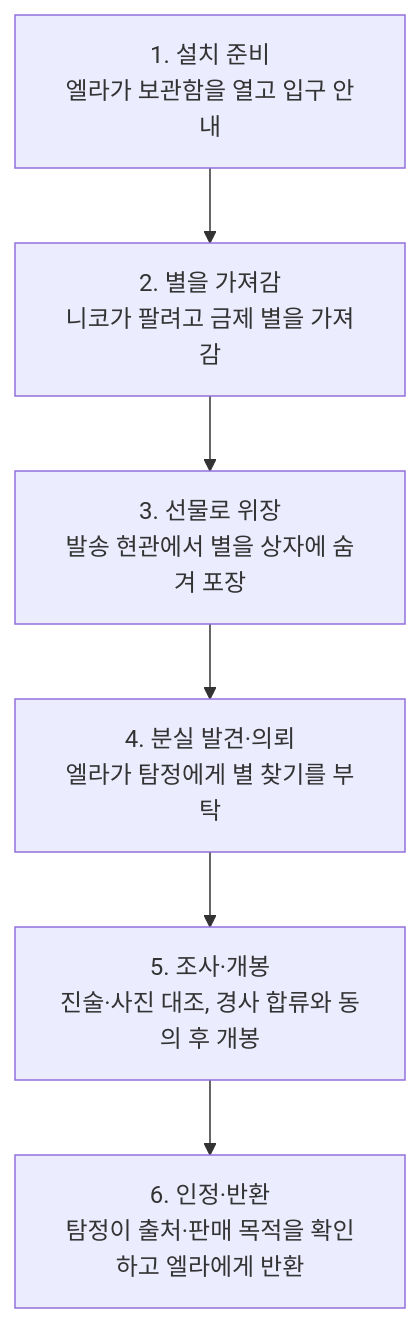
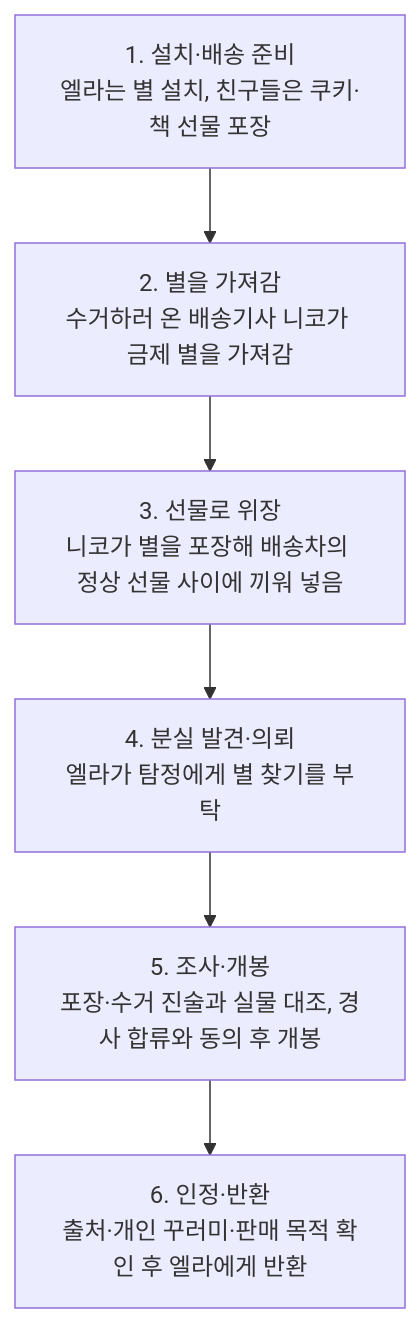
Before and after one commit to wonny95/detective-v2: the diagram in design/case-10-christmas-star.md, drawn with Mermaid. The commit also changed other lines of this file and 5 other files, not shown here.

Commit message:
기획: 금제 별을 선물로 위장하는 배송기사 설정

````diff
--- a/design/case-10-christmas-star.md
+++ b/design/case-10-christmas-star.md
@@ -15,14 +15,14 @@
 ```mermaid
 flowchart TD
-    N1["1. 설치 준비<br/>엘라가 보관함을 열고 입구 안내"]
-    N2["2. 별을 가져감<br/>니코가 팔려고 금제 별을 가져감"]
-    N3["3. 선물로 위장<br/>발송 현관에서 별을 상자에 숨겨 포장"]
+    N1["1. 설치·배송 준비<br/>엘라는 별 설치, 친구들은 쿠키·책 선물 포장"]
+    N2["2. 별을 가져감<br/>수거하러 온 배송기사 니코가 금제 별을 가져감"]
+    N3["3. 선물로 위장<br/>니코가 별을 포장해 배송차의 정상 선물 사이에 끼워 넣음"]
     N4["4. 분실 발견·의뢰<br/>엘라가 탐정에게 별 찾기를 부탁"]
-    N5["5. 조사·개봉<br/>진술·사진 대조, 경사 합류와 동의 후 개봉"]
-    N6["6. 인정·반환<br/>탐정이 출처·판매 목적을 확인하고 엘라에게 반환"]
+    N5["5. 조사·개봉<br/>포장·수거 진술과 실물 대조, 경사 합류와 동의 후 개봉"]
+    N6["6. 인정·반환<br/>출처·개인 꾸러미·판매 목적 확인 후 엘라에게 반환"]
     N1 --> N2
     N2 --> N3
     N3 --> N4
     N4 --> N5
     N5 --> N6
 ```
````
